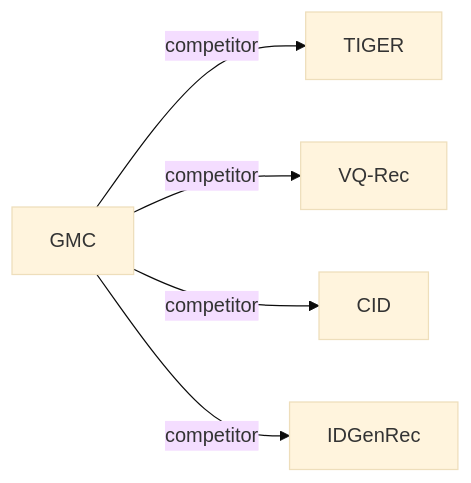
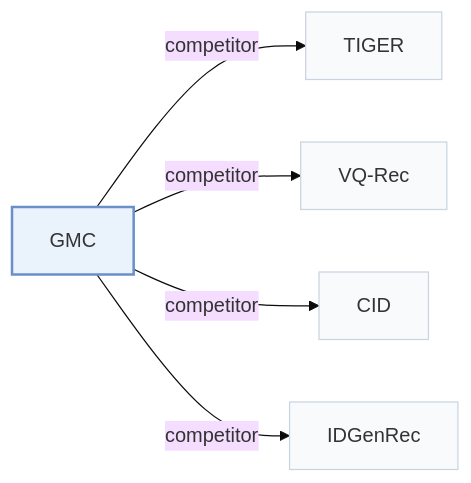
One commit to Galaxy-ghost/Awesome-SID-Generative-Rec changed the third of 3 diagrams in pages/papers/gmc.md. Above: the diagram before and after it, drawn with Mermaid (base theme). The commit also changed other lines of this file and 649 other files, not shown here.

Commit message:
writer-05: also tags and modality index (schema, check, build, visuals); summary field removed; calibration data for 12 papers

````diff
--- a/pages/papers/gmc.md
+++ b/pages/papers/gmc.md
@@ -118,8 +132,12 @@
 ```mermaid
 flowchart LR
     P["GMC"]
-    P -->|competitor| A["TIGER"]
-    P -->|competitor| B["VQ-Rec"]
-    P -->|competitor| C["CID"]
-    P -->|competitor| D["IDGenRec"]
+    P -->|"competitor"| A["TIGER"]
+    P -->|"competitor"| B["VQ-Rec"]
+    P -->|"competitor"| C["CID"]
+    P -->|"competitor"| D["IDGenRec"]
+    classDef main fill:#eaf2fb,stroke:#6b8fc7,stroke-width:2px
+    classDef peer fill:#f8fafc,stroke:#cbd5e1
+    class P main
+    class A,B,C,D peer
 ```
````
